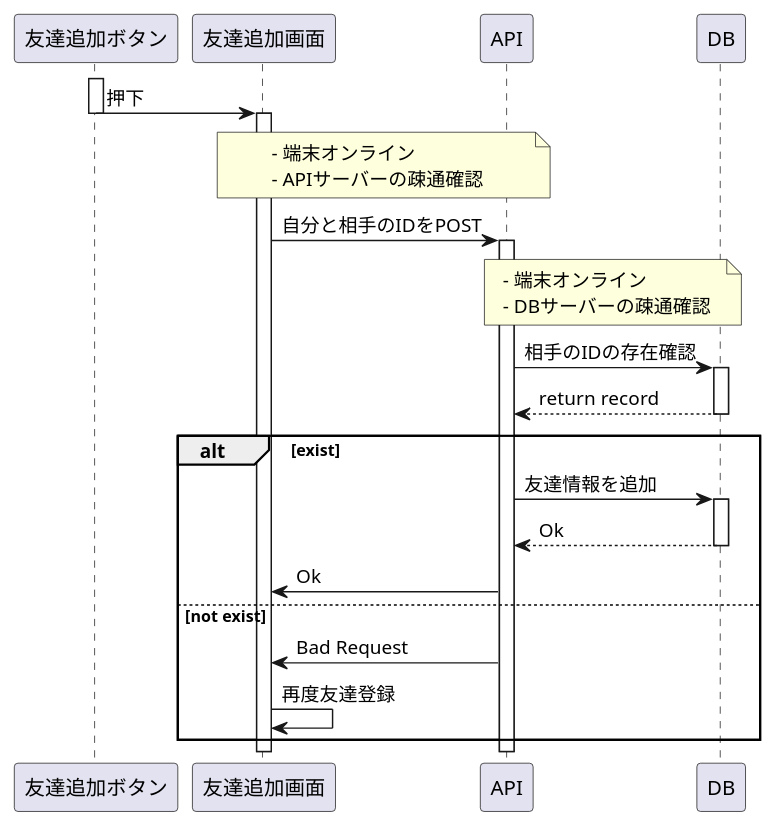
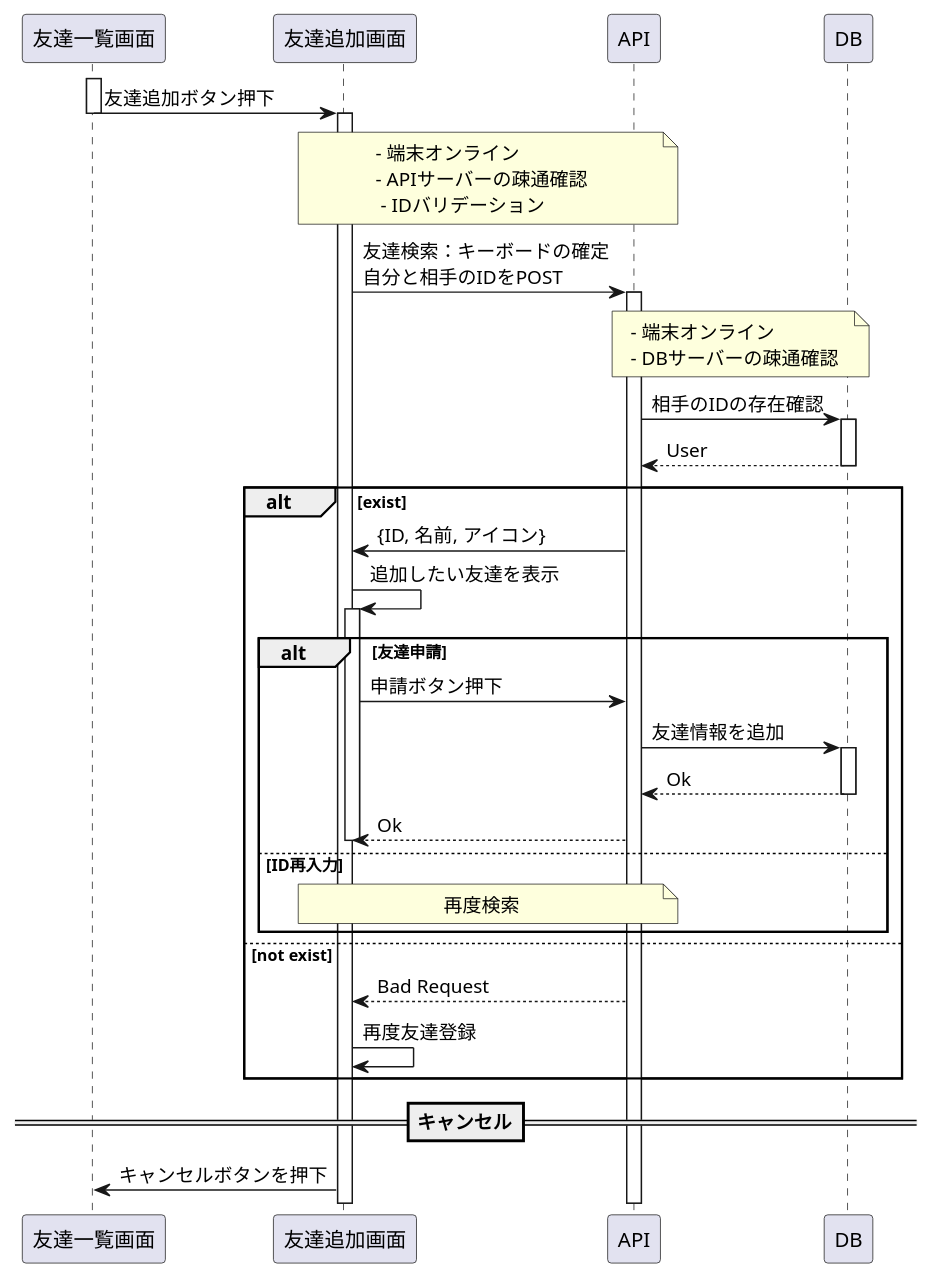
The diagram in SequentialDiagram/addFriendFlow/add_friend.wsd (beaconFUN/FLAT-uml), drawn with PlantUML before and after one commit. The commit also changed 1 other file, not shown here.

Commit message:
Update: uml & design - 申請ボタンを押下すると、ボタンテキストが承認待ちになる。今までは友達一覧に戻ってた - APIがアイコンを返すか、アイコンラベルを返すか 悩み中 -

```diff
--- a/SequentialDiagram/addFriendFlow/add_friend.wsd
+++ b/SequentialDiagram/addFriendFlow/add_friend.wsd
@@ -1,30 +1,40 @@
 @startuml 友達追加フロー
 
-' participant ホーム画面 order 10
-participant 友達追加ボタン order 20
+' participant 友達一覧画面 order 10
+participant 友達一覧画面 order 20
 ' participant 友達登録成功画面 order 30
 ' participant 友達登録失敗画面 order 40
 participant 友達追加画面 order 50
 participant API order 60
 participant DB order 70
 
-activate 友達追加ボタン
-友達追加ボタン -> 友達追加画面 --++ : 押下
-note over 友達追加画面, API: - 端末オンライン\n- APIサーバーの疎通確認
+activate 友達一覧画面
+友達一覧画面 -> 友達追加画面 --++ : 友達追加ボタン押下
+note over 友達追加画面, API: - 端末オンライン\n- APIサーバーの疎通確認\n - IDバリデーション
 
-友達追加画面 -> API ++ : 自分と相手のIDをPOST
+友達追加画面 -> API ++ : 友達検索：キーボードの確定\n自分と相手のIDをPOST
 
 note over API, DB: - 端末オンライン\n- DBサーバーの疎通確認
 API -> DB ++:相手のIDの存在確認
-return return record
+return User
 alt exist
-    API -> DB ++: 友達情報を追加
-    return Ok
-    API -> 友達追加画面 : Ok
-    ' 友達登録成功画面 -> ホーム画面 --++
+    API -> 友達追加画面: {ID, 名前, アイコン}
+    友達追加画面 -> 友達追加画面 ++ : 追加したい友達を表示
+
+    alt 友達申請
+        友達追加画面 -> API: 申請ボタン押下
+        API -> DB ++: 友達情報を追加
+        return Ok
+        API --> 友達追加画面 : Ok
+        deactivate 
+    else ID再入力
+        note over 友達追加画面, API: 再度検索
+    end
 else not exist
-    API -> 友達追加画面 : Bad Request
+    API --> 友達追加画面 : Bad Request
     友達追加画面 -> 友達追加画面 : 再度友達登録
 end
 
+==キャンセル==
+友達追加画面 -> 友達一覧画面: キャンセルボタンを押下
 @enduml
```
